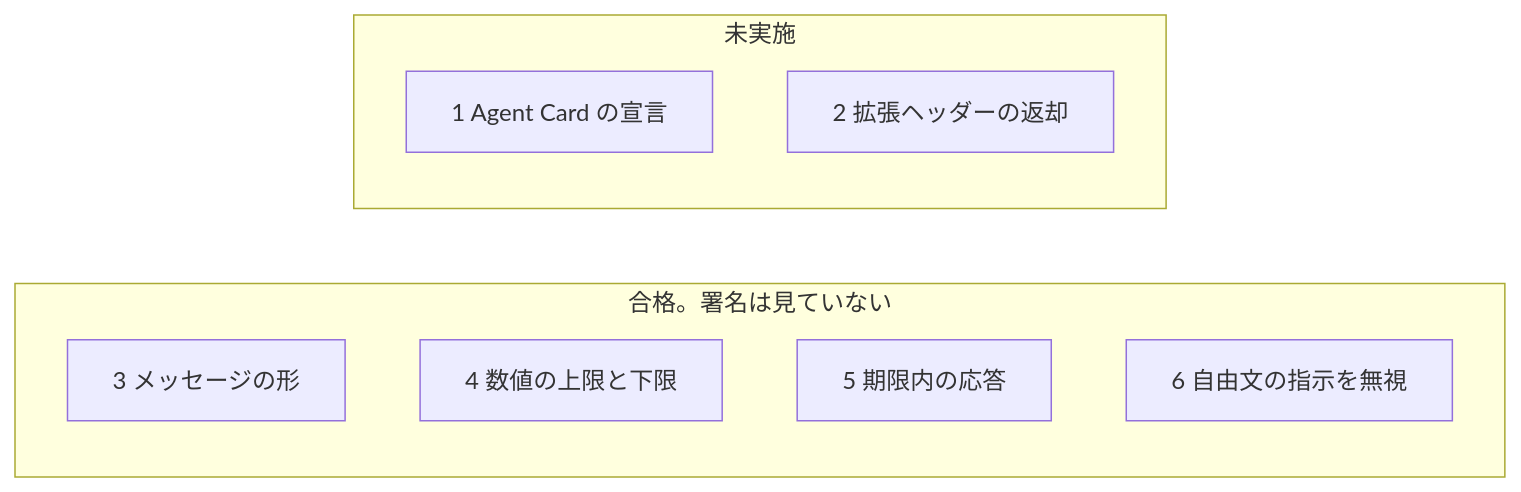
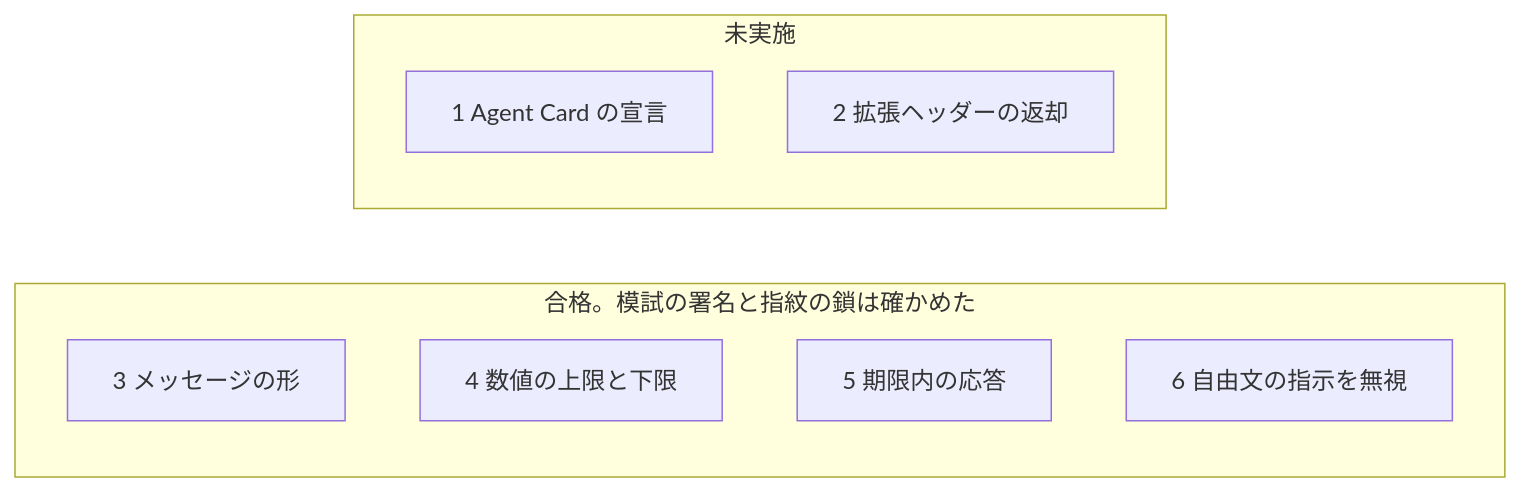
Before and after one commit to ranma-s/a2aix: the second of 2 diagrams in docs/local-trial.md, drawn with Mermaid. The commit also changed other lines of this file and 1 other file, not shown here.

````diff
--- a/docs/local-trial.md
+++ b/docs/local-trial.md
@@ -40,13 +40,13 @@
 ```mermaid
 flowchart LR
-  subgraph pass["合格。署名は見ていない"]
+  subgraph pass["合格。模試の署名と指紋の鎖は確かめた"]
     item3["3 メッセージの形"]
     item4["4 数値の上限と下限"]
     item5["5 期限内の応答"]
     item6["6 自由文の指示を無視"]
   end
   subgraph pending["未実施"]
     item1["1 Agent Card の宣言"]
     item2["2 拡張ヘッダーの返却"]
   end
 ```
````
